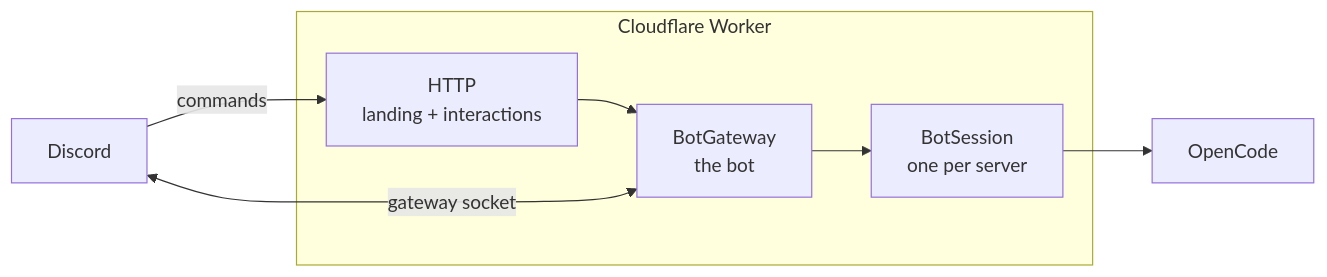
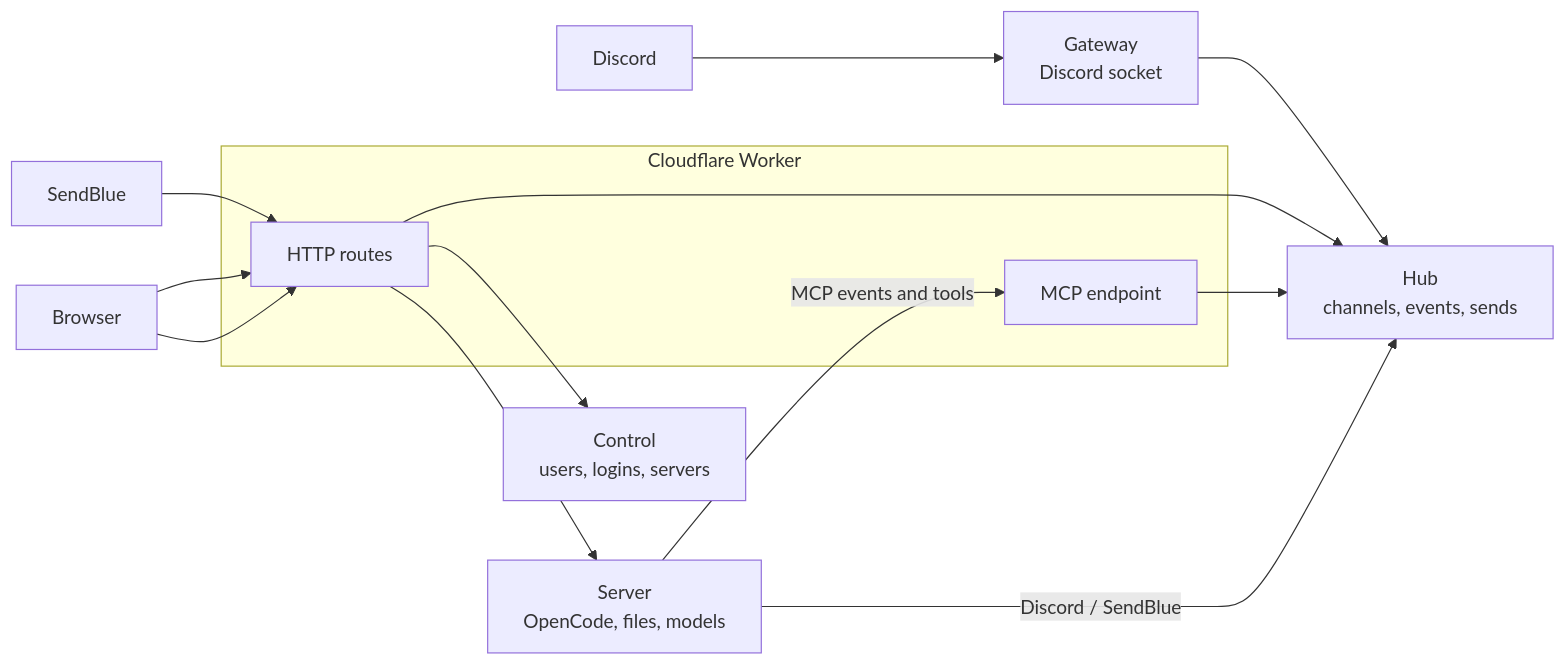
Before and after one commit to oscartbeaumont/eryn: the diagram in README.md, drawn with Mermaid. The commit also changed other lines of this file and 117 other files, not shown here.

````diff
--- a/README.md
+++ b/README.md
@@ -11,18 +13,23 @@
 ```mermaid
 flowchart LR
     discord[Discord]
+    imessage[SendBlue]
+    browser[Browser]
 
     subgraph worker[Cloudflare Worker]
-        routes[HTTP<br/>landing + interactions]
-        bot[BotGateway<br/>the bot]
-        session["BotSession<br/>one per server"]
+        http[HTTP routes]
+        mcp[MCP endpoint]
     end
 
-    agent[OpenCode]
+    control[Control<br/>users, logins, servers]
+    server["Server<br/>OpenCode, files, models"]
+    hub["Hub<br/>channels, events, sends"]
+    gateway[Gateway<br/>Discord socket]
 
-    discord -->|commands| routes
-    routes --> bot
-    discord <-->|gateway socket| bot
-    bot --> session
-    session --> agent
+    discord --> gateway --> hub
+    imessage --> http --> hub
+    browser --> http --> control
+    browser --> http --> server
+    server -->|MCP events and tools| mcp --> hub
+    server -->|Discord / SendBlue| hub
 ```
````
